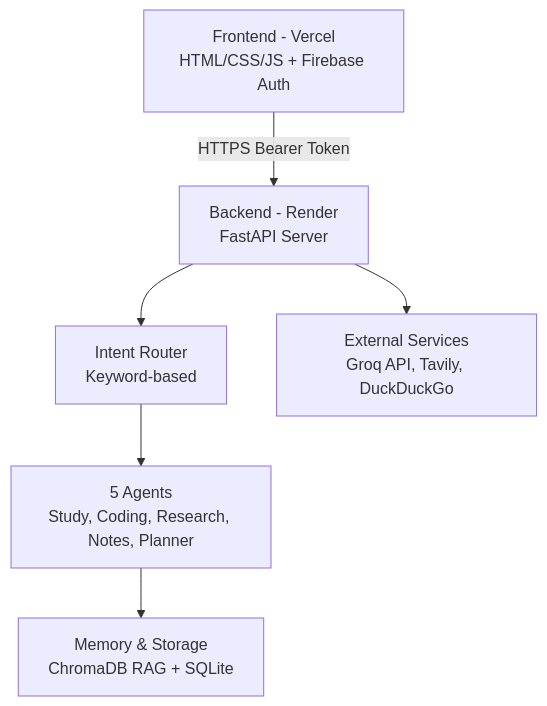
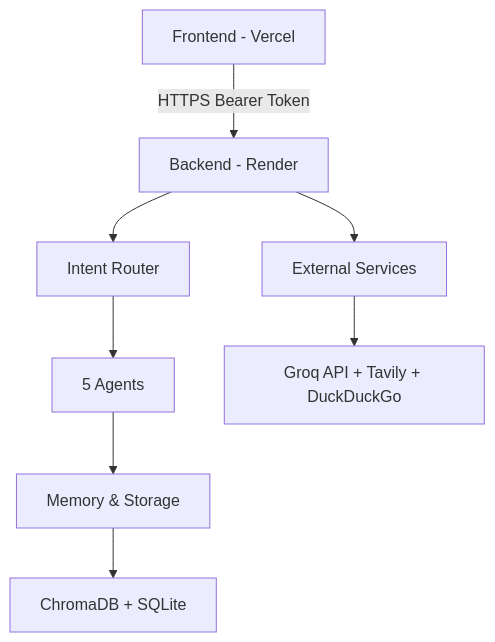
One commit to piyushsatpathy86-hash/EIRA changed the diagram in README.md. Above: the diagram before and after it, drawn with Mermaid. The commit also changed other lines of this file, not shown here.

````diff
--- a/README.md
+++ b/README.md
@@ -55,8 +55,10 @@
 ```mermaid
 graph TD
-    A[Frontend - Vercel<br/>HTML/CSS/JS + Firebase Auth] -->|HTTPS Bearer Token| B[Backend - Render<br/>FastAPI Server]
-    B --> C[Intent Router<br/>Keyword-based]
-    C --> D[5 Agents<br/>Study, Coding, Research, Notes, Planner]
-    D --> E[Memory & Storage<br/>ChromaDB RAG + SQLite]
-    B --> F[External Services<br/>Groq API, Tavily, DuckDuckGo]
+    A[Frontend - Vercel] -->|HTTPS Bearer Token| B[Backend - Render]
+    B --> C[Intent Router]
+    C --> D[5 Agents]
+    D --> E[Memory & Storage]
+    B --> F[External Services]
+    E --> G[ChromaDB + SQLite]
+    F --> H[Groq API + Tavily + DuckDuckGo]
 ```
````
